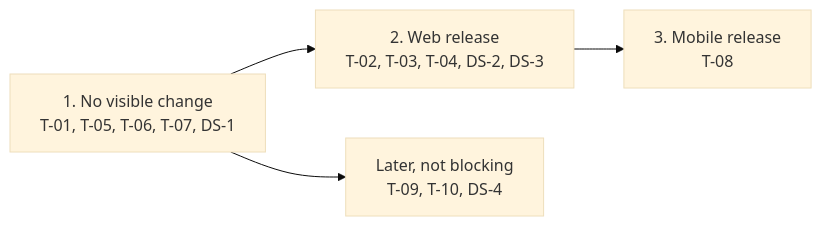
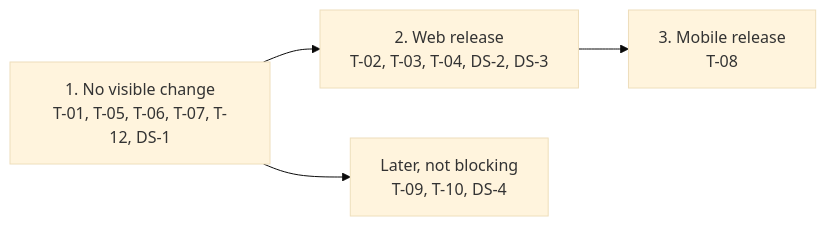
Before and after one commit to linagora/tmail-flutter: the second of 2 diagrams in docs/adr/0114-delegated-mailbox-access.md, drawn with Mermaid (base theme). The commit also changed other lines of this file, not shown here.

````diff
--- a/docs/adr/0114-delegated-mailbox-access.md
+++ b/docs/adr/0114-delegated-mailbox-access.md
@@ -142,5 +155,5 @@
 ```mermaid
 flowchart LR
-  S1["1. No visible change<br/>T-01, T-05, T-06, T-07, DS-1"] --> S2["2. Web release<br/>T-02, T-03, T-04, DS-2, DS-3"] --> S3["3. Mobile release<br/>T-08"]
+  S1["1. No visible change<br/>T-01, T-05, T-06, T-07, T-12, DS-1"] --> S2["2. Web release<br/>T-02, T-03, T-04, DS-2, DS-3"] --> S3["3. Mobile release<br/>T-08"]
   S1 --> S4["Later, not blocking<br/>T-09, T-10, DS-4"]
 ```
````
